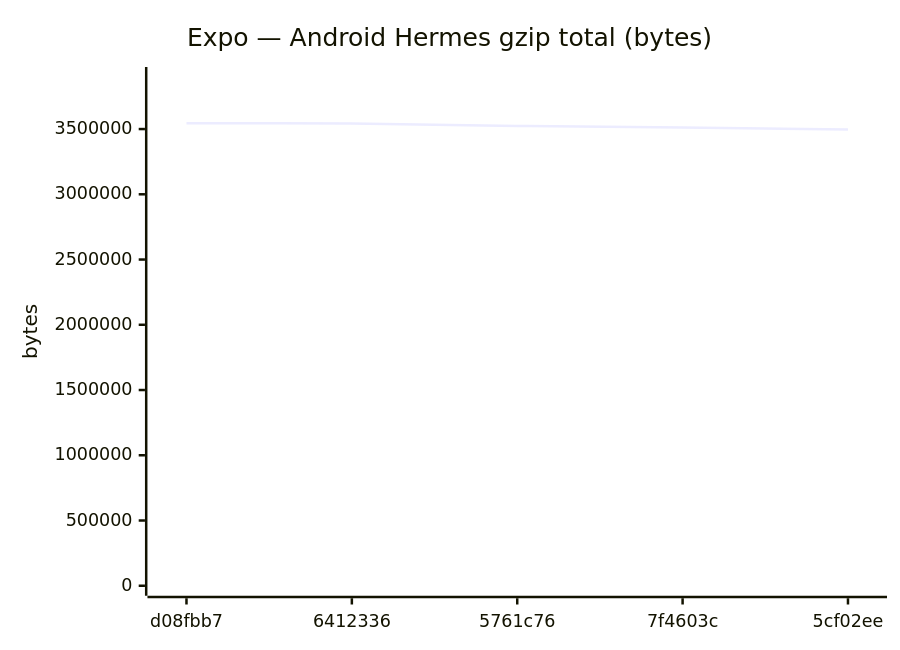
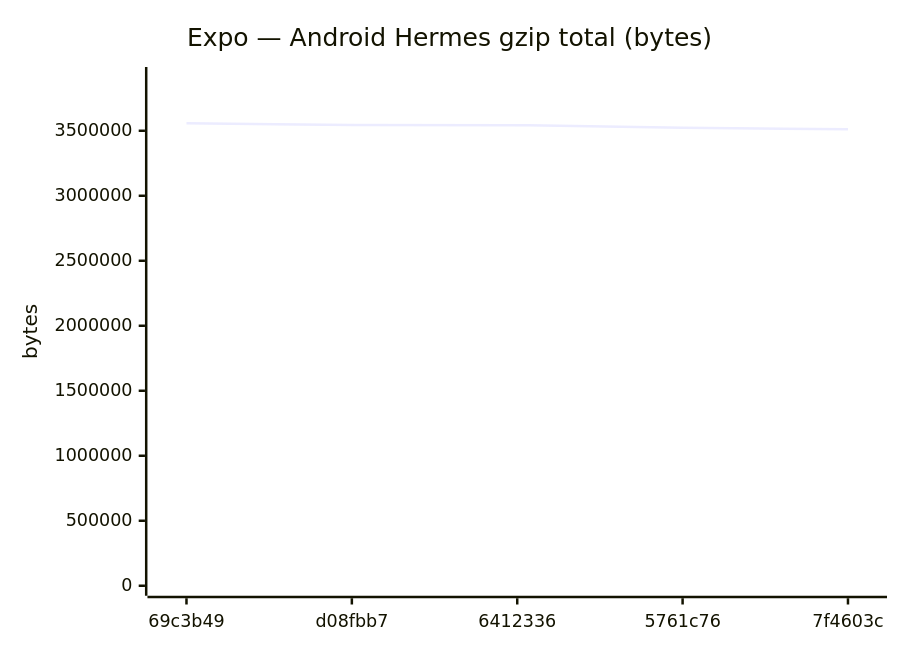
One commit to Metaheurist/Rianell changed diagram 11 of 18 in benchmarks/compare.md. Above: the diagram before and after it, drawn with Mermaid. The commit also changed other lines of this file and 11 other files, not shown here.

````diff
--- a/benchmarks/compare.md
+++ b/benchmarks/compare.md
@@ -172,7 +172,7 @@
 ```mermaid
 xychart-beta
     title "Expo — Android Hermes gzip total (bytes)"
-    x-axis ["d08fbb7", "6412336", "5761c76", "7f4603c", "5cf02ee"]
-    y-axis "bytes" 0 --> 3898910
-    line [3544463, 3543472, 3523541, 3511474, 3496393]
+    x-axis ["69c3b49", "d08fbb7", "6412336", "5761c76", "7f4603c"]
+    y-axis "bytes" 0 --> 3913699
+    line [3557908, 3544463, 3543472, 3523541, 3511474]
 ```
````
